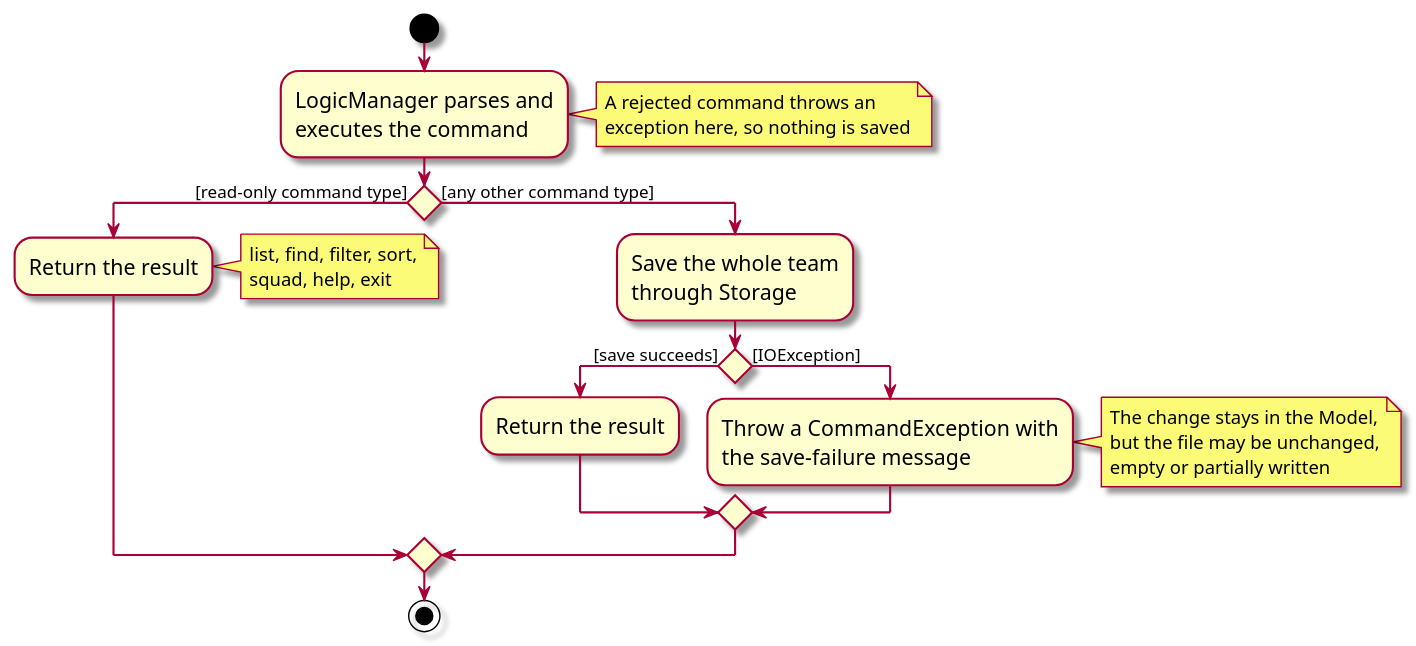
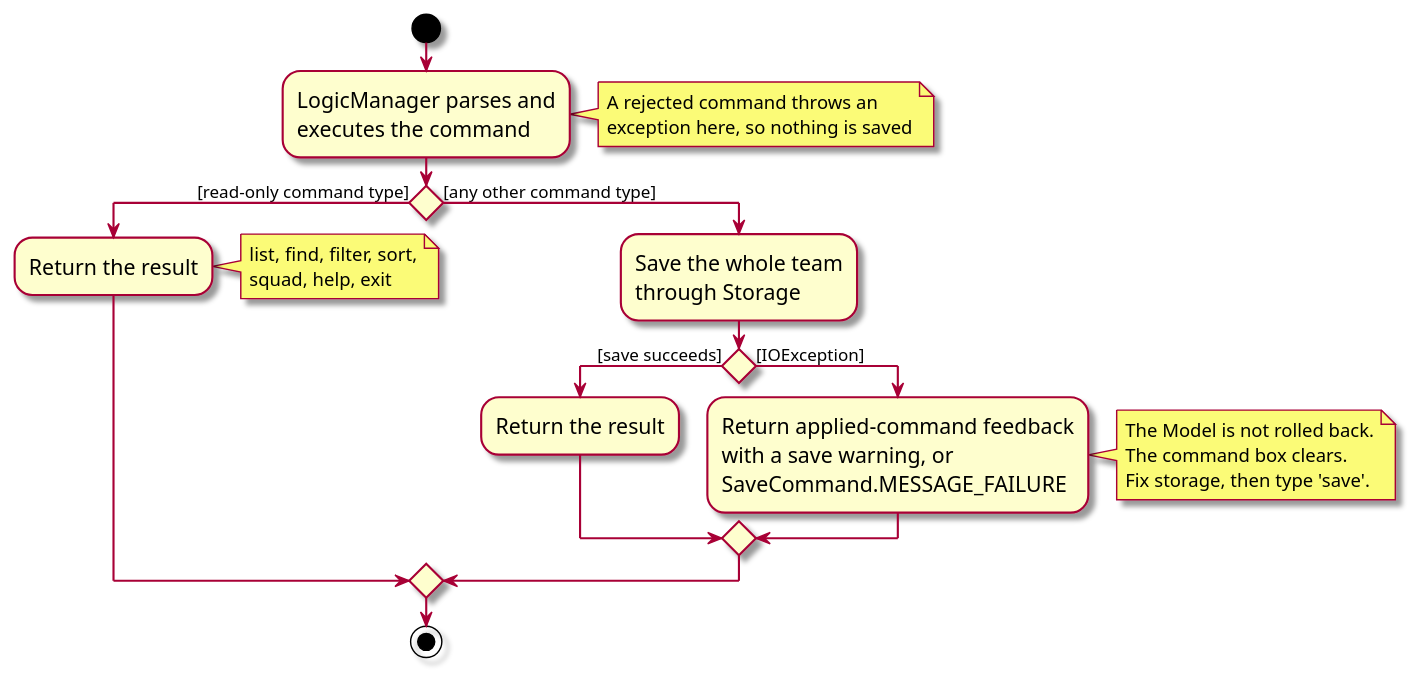
One commit to AY2627S1-CS2103T-W13-1/tp changed the diagram in docs/diagrams/StorageSaveActivityDiagram.puml. Above: the diagram before and after it, drawn with PlantUML. The commit also changed 8 other files, not shown here.

```diff
--- a/docs/diagrams/StorageSaveActivityDiagram.puml
+++ b/docs/diagrams/StorageSaveActivityDiagram.puml
@@ -1,24 +1,25 @@
 @startuml
 skin rose
 skinparam ActivityFontSize 15
 skinparam ArrowFontSize 12
 start
 :LogicManager parses and
 executes the command;
 note right: A rejected command throws an\nexception here, so nothing is saved
 if () then ([read-only command type])
   :Return the result;
   note right: list, find, filter, sort,\nsquad, help, exit
 else ([any other command type])
   :Save the whole team
   through Storage;
   if () then ([save succeeds])
     :Return the result;
   else ([IOException])
-    :Throw a CommandException with
-    the save-failure message;
-    note right: The change stays in the Model,\nbut the file may be unchanged,\nempty or partially written
+    :Return applied-command feedback
+    with a save warning, or
+    SaveCommand.MESSAGE_FAILURE;
+    note right: The Model is not rolled back.\nThe command box clears.\nFix storage, then type 'save'.
   endif
 endif
 stop
 @enduml
```
